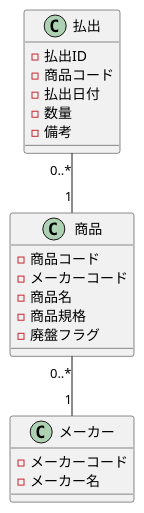
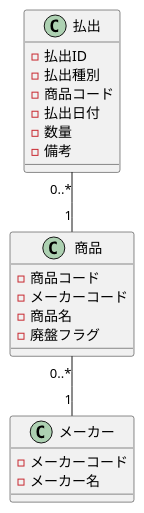
One commit to HiromuSaito/payment-manager-api changed the diagram in docs/model.puml. Above: the diagram before and after it, drawn with PlantUML. The commit also changed 10 other files, not shown here.

```diff
--- a/docs/model.puml
+++ b/docs/model.puml
@@ -1,25 +1,25 @@
 @startuml
 class 払出 {
   - 払出ID
+  - 払出種別
   - 商品コード
   - 払出日付
   - 数量
   - 備考
 }
 
 class 商品 {
   - 商品コード
   - メーカーコード
   - 商品名
-  - 商品規格
   - 廃盤フラグ
 }
 
 class メーカー {
   - メーカーコード
   - メーカー名
 }
 
 払出 "0..*" -- "1" 商品
 商品 "0..*" -- "1" メーカー
 @enduml
```
